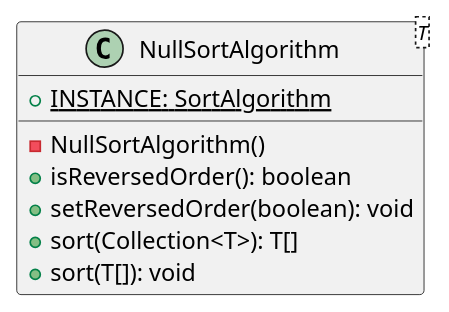
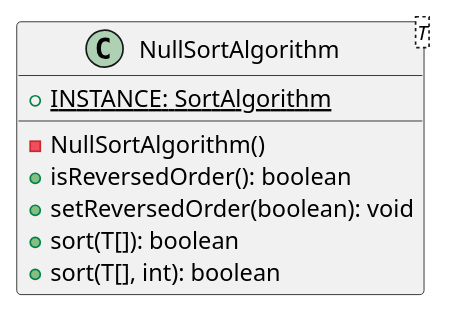
The diagram in malokhvii-eduard/malokhvii05/doc/plantuml/ua/khpi/oop/malokhvii05/common/algorithms/sort/NullSortAlgorithm.puml (P-Kalin/kit26a), drawn with PlantUML before and after one commit. The commit also changed 47 other files, not shown here.

Commit message:
#3, #13 malokhvii05: update graphs

```diff
--- a/malokhvii-eduard/malokhvii05/doc/plantuml/ua/khpi/oop/malokhvii05/common/algorithms/sort/NullSortAlgorithm.puml
+++ b/malokhvii-eduard/malokhvii05/doc/plantuml/ua/khpi/oop/malokhvii05/common/algorithms/sort/NullSortAlgorithm.puml
@@ -1,12 +1,12 @@
 @startuml
 
     class NullSortAlgorithm<T> {
         {static} +INSTANCE: SortAlgorithm
         -NullSortAlgorithm()
         +isReversedOrder(): boolean
         +setReversedOrder(boolean): void
-        +sort(Collection<T>): T[]
-        +sort(T[]): void
+        +sort(T[]): boolean
+        +sort(T[], int): boolean
     }
 
 @enduml
```
